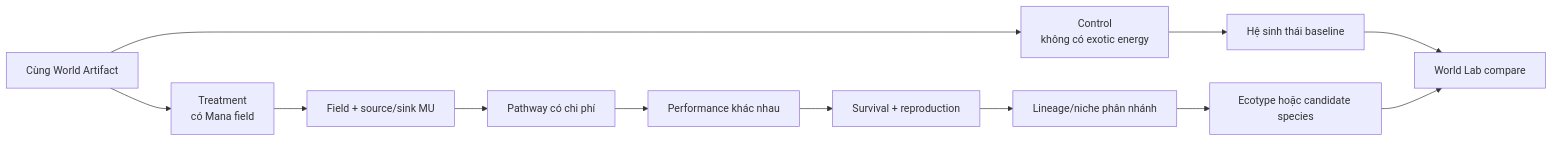
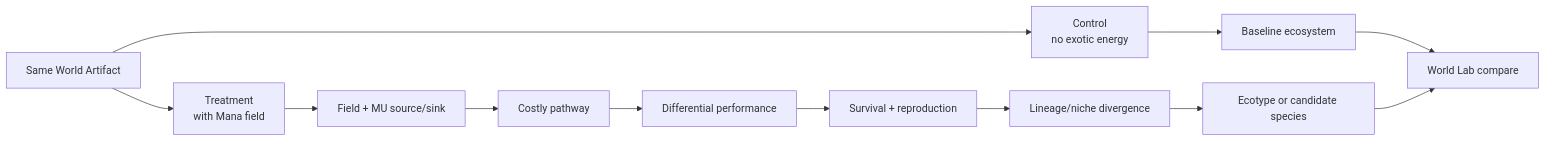
The diagram in docs/explanation/ALTERNATE_EVOLUTIONARY_REGIMES.md (DuongNAD/Anima-Engine), drawn with Mermaid before and after one commit. The commit also changed other lines of this file and 11 other files, not shown here.

````diff
--- a/docs/explanation/ALTERNATE_EVOLUTIONARY_REGIMES.md
+++ b/docs/explanation/ALTERNATE_EVOLUTIONARY_REGIMES.md
@@ -32,14 +23,14 @@
 ```mermaid
 flowchart LR
-    W["Cùng World Artifact"] --> C["Control<br/>không có exotic energy"]
-    W --> T["Treatment<br/>có Mana field"]
-    C --> EC["Hệ sinh thái baseline"]
-    T --> F["Field + source/sink MU"]
-    F --> P["Pathway có chi phí"]
-    P --> R["Performance khác nhau"]
+    W["Same World Artifact"] --> C["Control<br/>no exotic energy"]
+    W --> T["Treatment<br/>with Mana field"]
+    C --> EC["Baseline ecosystem"]
+    T --> F["Field + MU source/sink"]
+    F --> P["Costly pathway"]
+    P --> R["Differential performance"]
     R --> S["Survival + reproduction"]
-    S --> L["Lineage/niche phân nhánh"]
-    L --> SP["Ecotype hoặc candidate species"]
+    S --> L["Lineage/niche divergence"]
+    L --> SP["Ecotype or candidate species"]
     EC --> X["World Lab compare"]
     SP --> X
 ```
````
